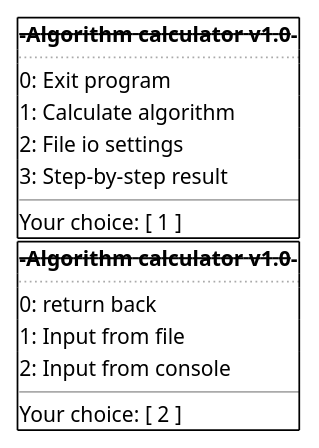
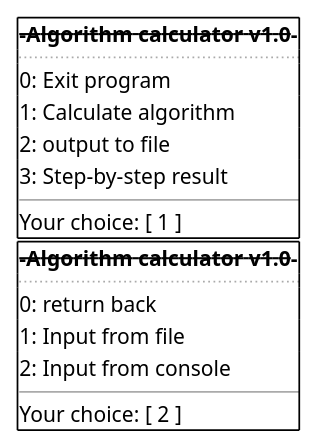
One commit to Sinfolke/software-engineering-labs changed the diagram in wf/enter.puml. Above: the diagram before and after it, drawn with PlantUML. The commit also changed 18 other files, not shown here.

```diff
--- a/wf/enter.puml
+++ b/wf/enter.puml
@@ -1,24 +1,24 @@
 @startsalt
 {
   {+
     <b>---Algorithm calculator v1.0---</b>
     .. --main menu-- ..
     0: Exit program
     1: Calculate algorithm
-    2: File io settings
+    2: output to file
     3: Step-by-step result
     --
     Your choice: [ 1 ]
   }
   |
   {+
     <b>---Algorithm calculator v1.0---</b>
     .. --Input Your data-- ..
     0: return back
     1: Input from file
     2: Input from console
     --
     Your choice: [ 2 ]
   }
 }
 @enduml
```
